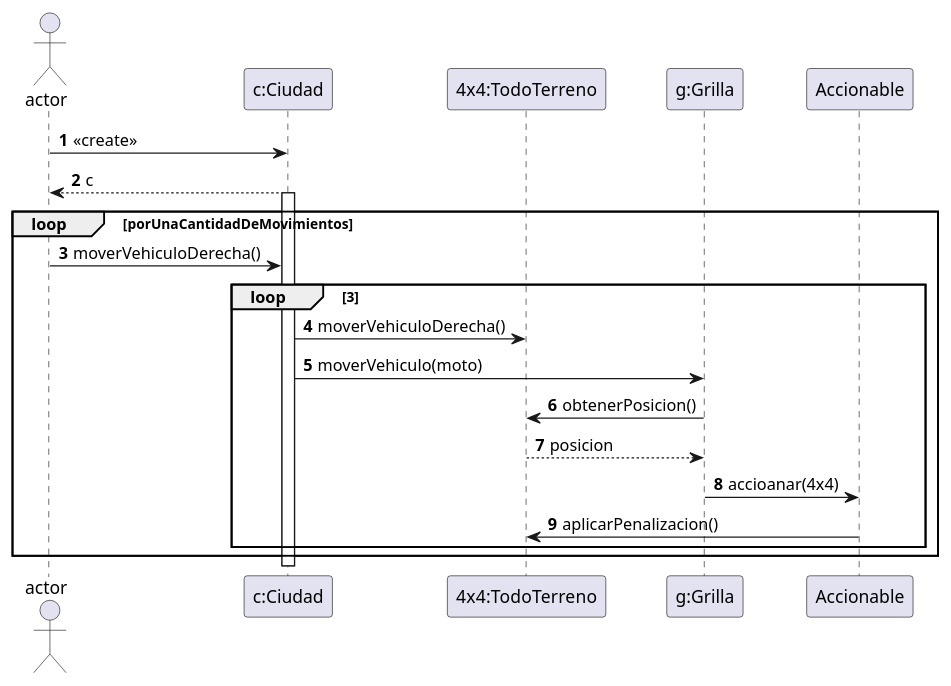
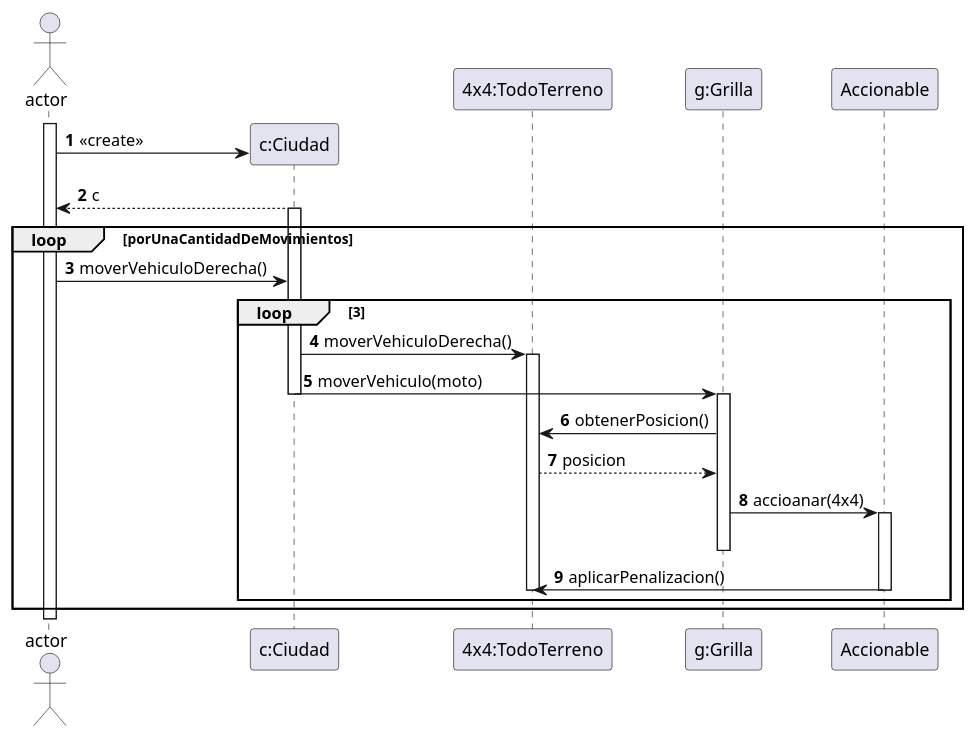
Before and after one commit to kikiymini/algo3_tp2: the diagram in Entrega1/DiagramaDeSecuencias/4X4AtraviesaCiudadSeEncuentraConUnPozoYNoEsPenalizada.puml, drawn with PlantUML. The commit also changed 3 other files, not shown here.

```diff
--- a/Entrega1/DiagramaDeSecuencias/4X4AtraviesaCiudadSeEncuentraConUnPozoYNoEsPenalizada.puml
+++ b/Entrega1/DiagramaDeSecuencias/4X4AtraviesaCiudadSeEncuentraConUnPozoYNoEsPenalizada.puml
@@ -1,31 +1,37 @@
 @startuml
 'https://plantuml.com/sequence-diagram
 
 autonumber
 
 actor actor
-participant "c:Ciudad" as ciudad
+activate actor
+create "c:Ciudad" as ciudad
 participant "4x4:TodoTerreno" as todoTerreno
 participant "g:Grilla" as grilla
 participant "Accionable" as accionable
+
 actor -> ciudad: <<create>>
 ciudad--> actor : c
 activate ciudad
 
 loop porUnaCantidadDeMovimientos
 
 actor  -> ciudad : moverVehiculoDerecha()
 loop 3
 ciudad -> todoTerreno: moverVehiculoDerecha()
+activate todoTerreno
 ciudad -> grilla : moverVehiculo(moto)
-
+deactivate ciudad
+activate grilla
 grilla -> todoTerreno : obtenerPosicion()
 todoTerreno --> grilla : posicion
 grilla -> accionable : accioanar(4x4)
+activate accionable
+deactivate grilla
 accionable -> todoTerreno :aplicarPenalizacion()
+deactivate todoTerreno
+deactivate accionable
 
 end loop
-
-
 end
 @enduml
```
